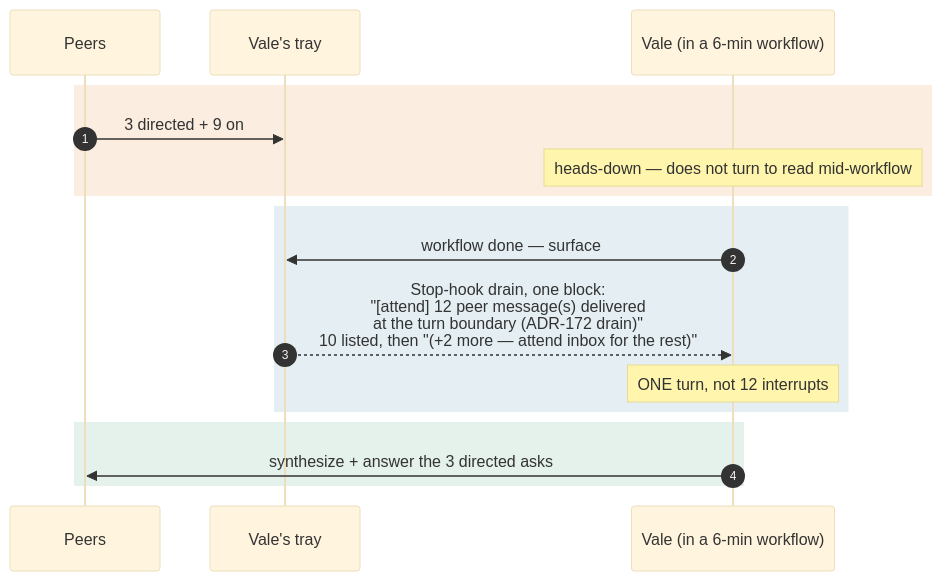
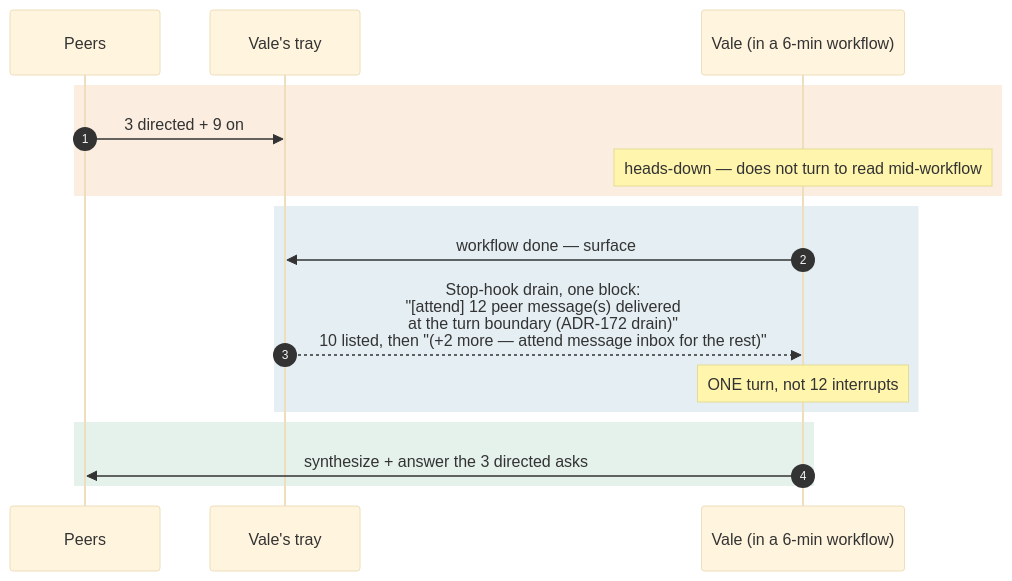
Before and after one commit to aaronsb/agent-ways: the second of 2 diagrams in docs/explanation/attend-messaging/03-team-inside-one-voice.md, drawn with Mermaid (base theme). The commit also changed other lines of this file and 111 other files, not shown here.

````diff
--- a/docs/explanation/attend-messaging/03-team-inside-one-voice.md
+++ b/docs/explanation/attend-messaging/03-team-inside-one-voice.md
@@ -60,19 +60,19 @@
 ```mermaid
 sequenceDiagram
     autonumber
     participant P as Peers
     participant Tray as Vale's tray
     participant V as Vale (in a 6-min workflow)
     rect rgba(217,119,6,0.12)
     P->>Tray: 3 directed + 9 on #open (over ~6 min)
     Note over V: heads-down — does not turn to read mid-workflow
     end
     rect rgba(45,125,154,0.12)
     V->>Tray: workflow done — surface
-    Tray-->>V: Stop-hook drain, one block:<br/>"[attend] 12 peer message(s) delivered<br/>at the turn boundary (ADR-172 drain)"<br/>10 listed, then "(+2 more — attend inbox for the rest)"
+    Tray-->>V: Stop-hook drain, one block:<br/>"[attend] 12 peer message(s) delivered<br/>at the turn boundary (ADR-172 drain)"<br/>10 listed, then "(+2 more — attend message inbox for the rest)"
     Note over V: ONE turn, not 12 interrupts
     end
     rect rgba(45,142,94,0.12)
     V->>P: synthesize + answer the 3 directed asks
     end
 ```
````
